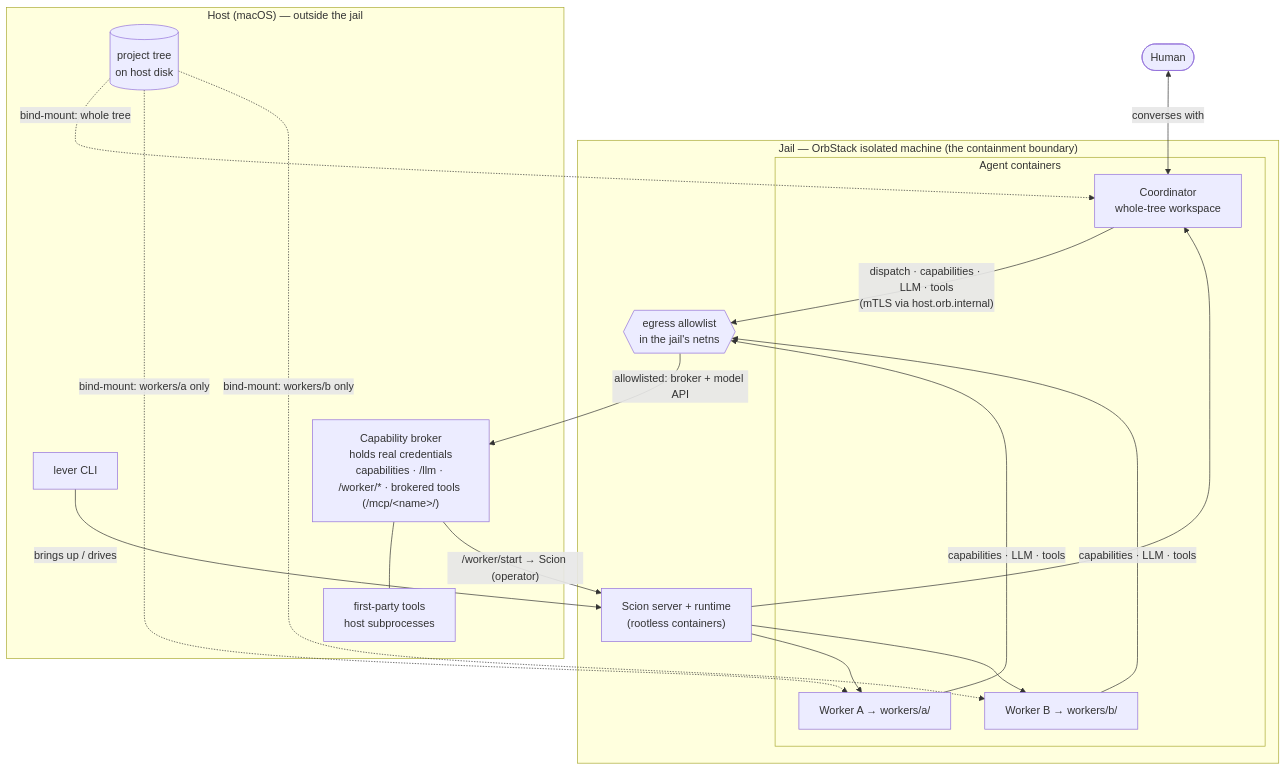
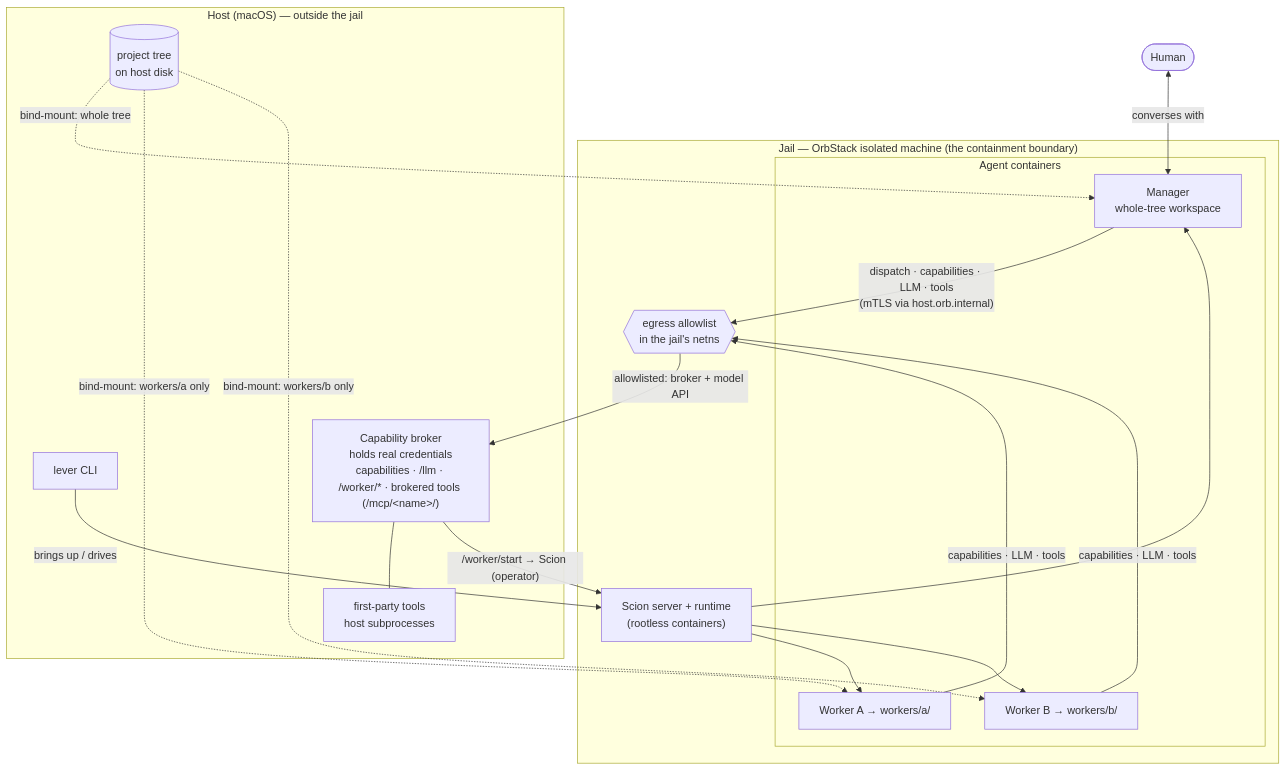
One commit to stevegeek/lever changed the diagram in README.md. Above: the diagram before and after it, drawn with Mermaid. The commit also changed other lines of this file and 29 other files, not shown here.

````diff
--- a/README.md
+++ b/README.md
@@ -47,36 +30,36 @@
 ```mermaid
 graph TB
     Hu([Human])
 
     subgraph host["Host (macOS) — outside the jail"]
         CLI[lever CLI]
         BK["Capability broker<br/>holds real credentials<br/>capabilities · /llm · /worker/* · brokered tools (/mcp/&lt;name&gt;/)"]
         TOOLS[first-party tools<br/>host subprocesses]
         TREE[("project tree<br/>on host disk")]
     end
 
     subgraph jail["Jail — OrbStack isolated machine (the containment boundary)"]
         HUB["Scion server + runtime<br/>(rootless containers)"]
         FW{{egress allowlist<br/>in the jail's netns}}
         subgraph cons["Agent containers"]
-            CO["Coordinator<br/>whole-tree workspace"]
+            CO["Manager<br/>whole-tree workspace"]
             GA["Worker A → workers/a/"]
             GB["Worker B → workers/b/"]
         end
     end
 
     Hu <-->|converses with| CO
     CLI -->|brings up / drives| HUB
     CO -->|"dispatch · capabilities · LLM · tools<br/>(mTLS via host.orb.internal)"| FW
     GA -->|capabilities · LLM · tools| FW
     GB -->|capabilities · LLM · tools| FW
     FW -->|"allowlisted: broker + model API"| BK
     BK --- TOOLS
     BK -->|"/worker/start → Scion (operator)"| HUB
     HUB --> CO
     HUB --> GA
     HUB --> GB
     TREE -.->|"bind-mount: whole tree"| CO
     TREE -.->|"bind-mount: workers/a only"| GA
     TREE -.->|"bind-mount: workers/b only"| GB
 ```
````
